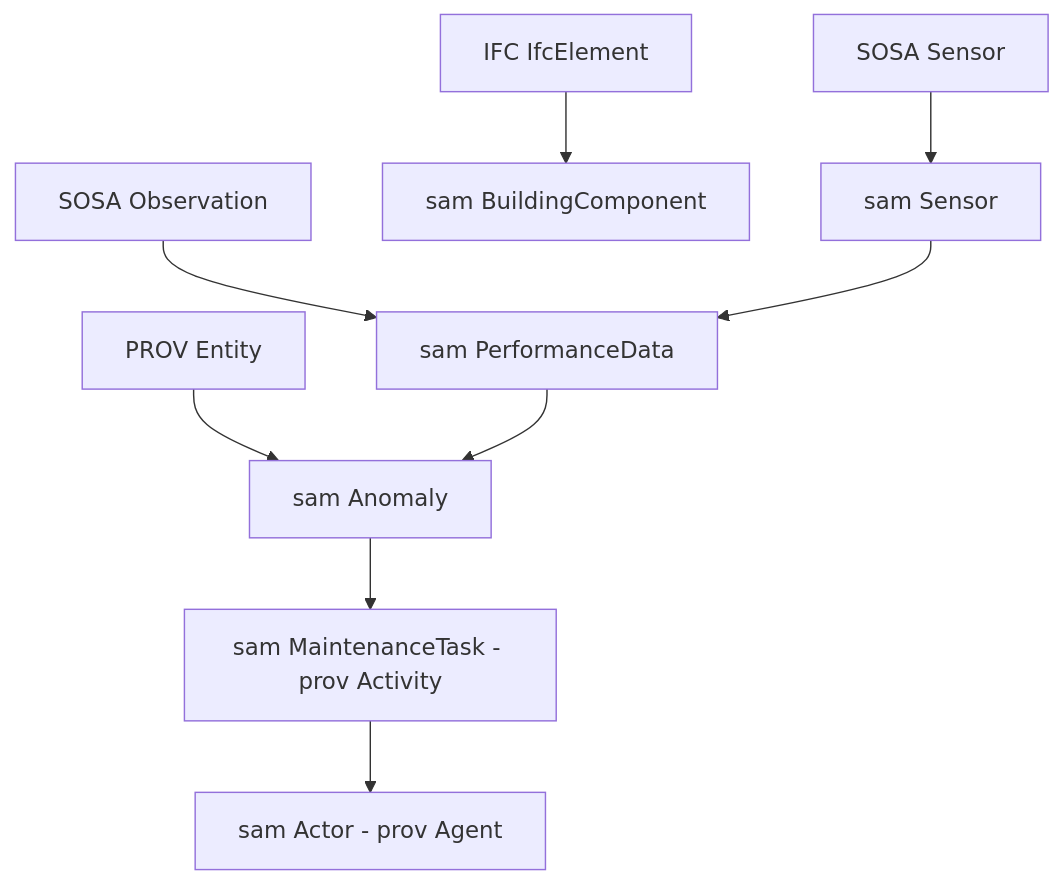
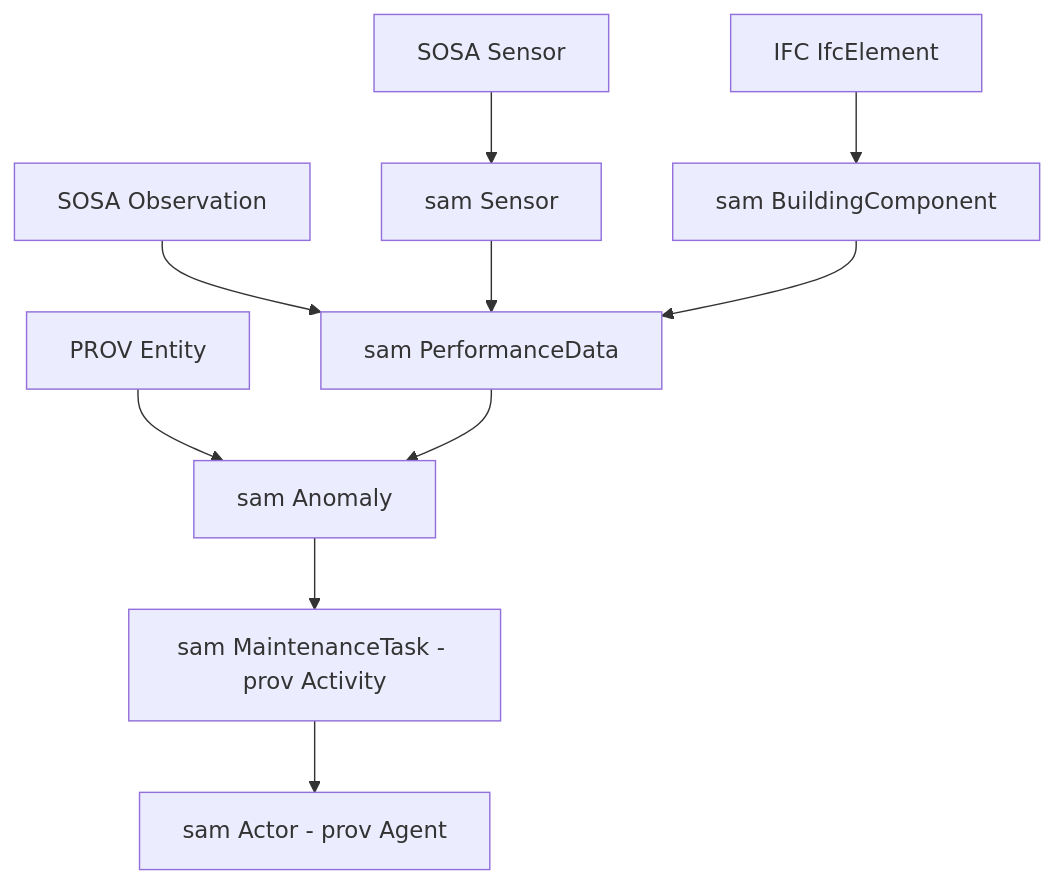
One commit to chienpu/public-phd-sam changed the diagram in 01_ontology_schema/ttl/README_ontology_mapping.md. Above: the diagram before and after it, drawn with Mermaid.

````diff
--- a/01_ontology_schema/ttl/README_ontology_mapping.md
+++ b/01_ontology_schema/ttl/README_ontology_mapping.md
@@ -81,30 +81,34 @@
 ```mermaid
 graph TD
 
     %% Upper ontology classes
     IFC[IFC IfcElement]
     SOSA_Sensor[SOSA Sensor]
     SOSA_Obs[SOSA Observation]
     PROV_Ent[PROV Entity]
 
     %% STRIDE / SAM classes
     BC[sam BuildingComponent]
     SEN[sam Sensor]
     PD[sam PerformanceData]
     ANO[sam Anomaly]
     TASK[sam MaintenanceTask - prov Activity]
     ACTOR[sam Actor - prov Agent]
 
     %% Ontology alignments
     IFC --> BC
     SOSA_Sensor --> SEN
     SOSA_Obs --> PD
     PROV_Ent --> ANO
 
     %% STRIDE semantic reasoning chain
     SEN --> PD
     PD --> ANO
     ANO --> TASK
     TASK --> ACTOR
 
+    %% Missing but required FOI link:
+    BC --> PD
+
+
 ```
````
